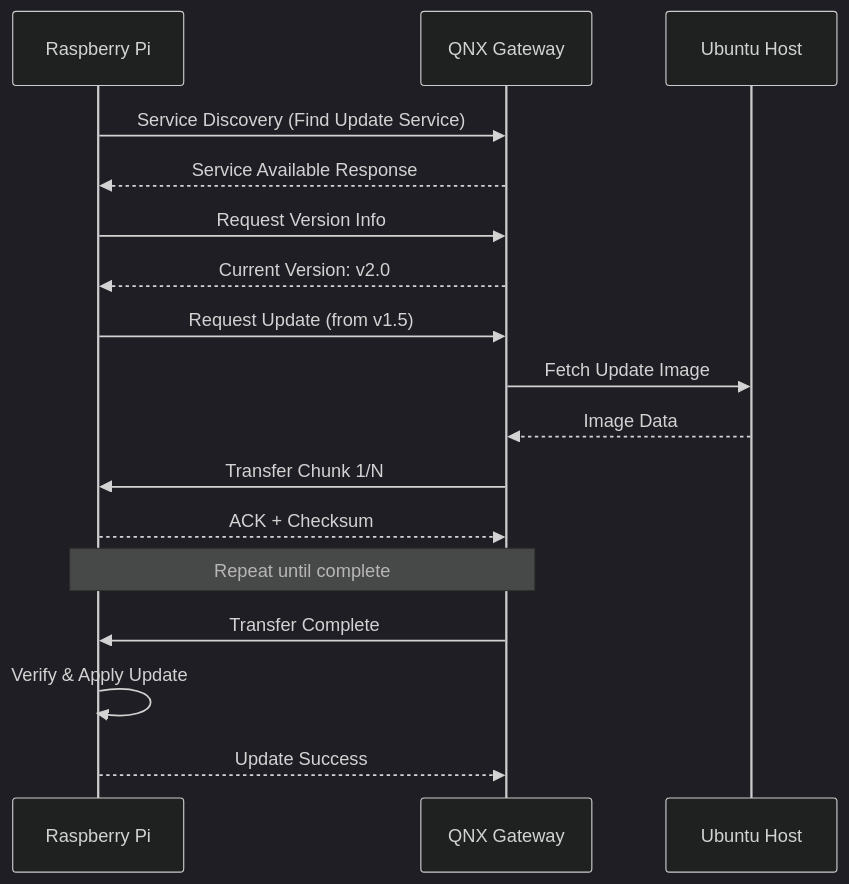
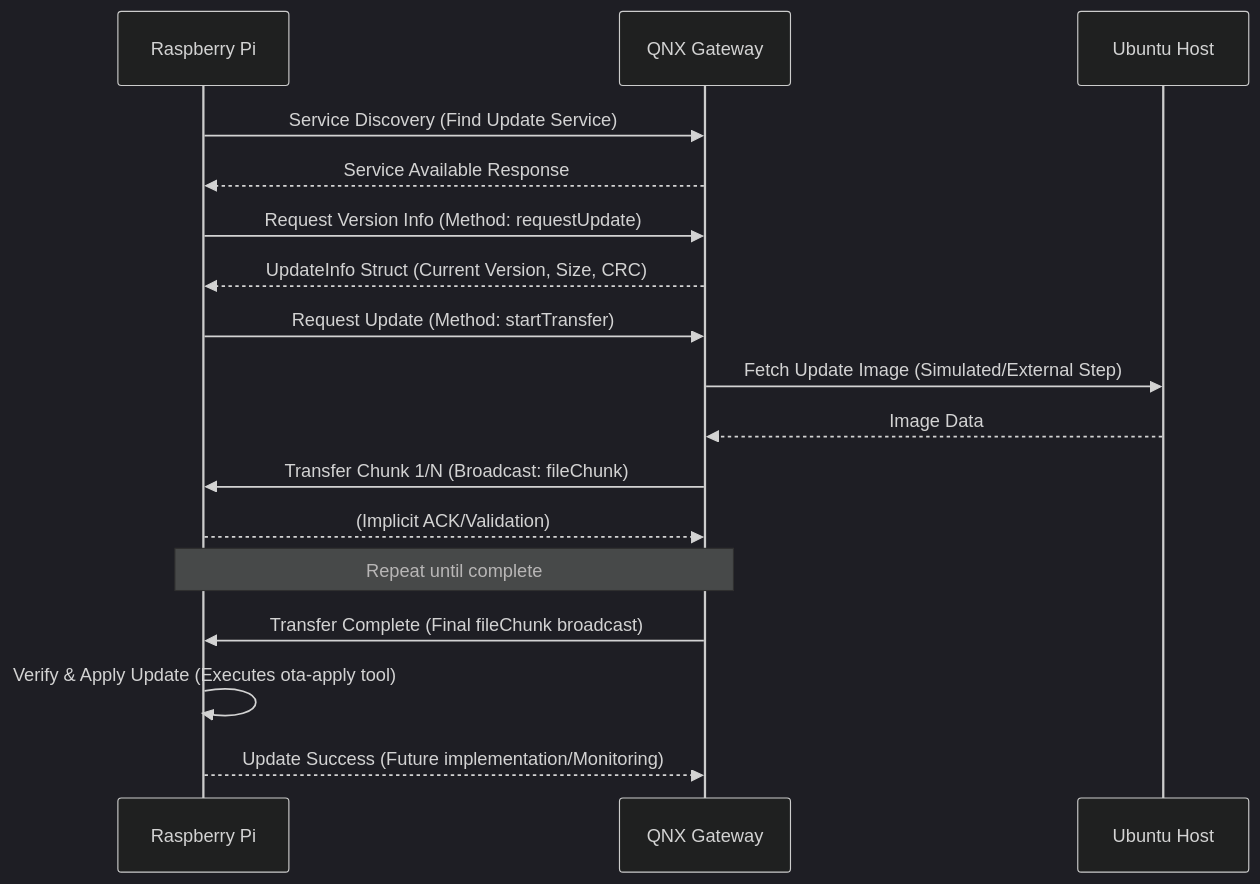
One commit to Mo-Alsehli/QNX-Bridge-OTA changed the diagram in README.md. Above: the diagram before and after it, drawn with Mermaid (dark theme). The commit also changed other lines of this file, not shown here.

````diff
--- a/README.md
+++ b/README.md
@@ -74,20 +76,20 @@
 ```mermaid
 sequenceDiagram
     participant RPi as Raspberry Pi
     participant QNX as QNX Gateway
     participant Host as Ubuntu Host
     
     RPi->>QNX: Service Discovery (Find Update Service)
     QNX-->>RPi: Service Available Response
-    RPi->>QNX: Request Version Info
-    QNX-->>RPi: Current Version: v2.0
-    RPi->>QNX: Request Update (from v1.5)
-    QNX->>Host: Fetch Update Image
+    RPi->>QNX: Request Version Info (Method: requestUpdate)
+    QNX-->>RPi: UpdateInfo Struct (Current Version, Size, CRC)
+    RPi->>QNX: Request Update (Method: startTransfer)
+    QNX->>Host: Fetch Update Image (Simulated/External Step)
     Host-->>QNX: Image Data
-    QNX->>RPi: Transfer Chunk 1/N
-    RPi-->>QNX: ACK + Checksum
+    QNX->>RPi: Transfer Chunk 1/N (Broadcast: fileChunk)
+    RPi-->>QNX: (Implicit ACK/Validation)
     Note over QNX,RPi: Repeat until complete
-    QNX->>RPi: Transfer Complete
-    RPi->>RPi: Verify & Apply Update
-    RPi-->>QNX: Update Success
+    QNX->>RPi: Transfer Complete (Final fileChunk broadcast)
+    RPi->>RPi: Verify & Apply Update (Executes ota-apply tool)
+    RPi-->>QNX: Update Success (Future implementation/Monitoring)
 ```
````
